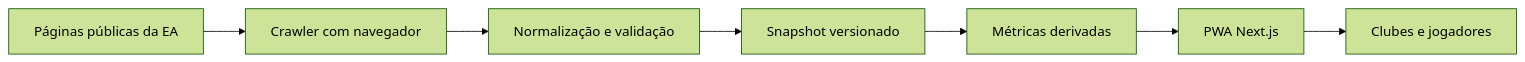
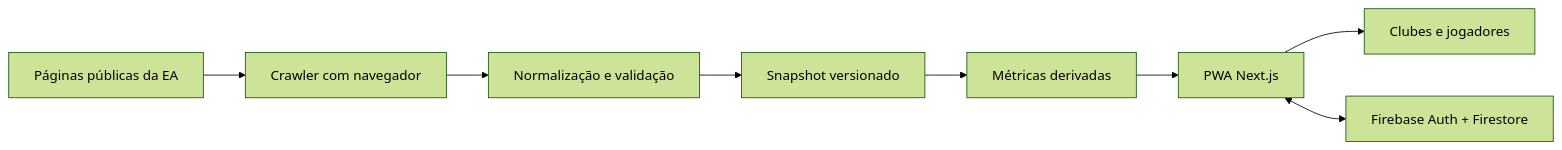
The diagram in docs/ARCHITECTURE.md (cspgabriel/pro-clubs-america), drawn with Mermaid (forest theme) before and after one commit. The commit also changed other lines of this file and 21 other files, not shown here.

````diff
--- a/docs/ARCHITECTURE.md
+++ b/docs/ARCHITECTURE.md
@@ -5,9 +5,10 @@
 ```mermaid
 flowchart LR
     EA["Páginas públicas da EA"] --> C["Crawler com navegador"]
     C --> N["Normalização e validação"]
     N --> S["Snapshot versionado"]
     S --> M["Métricas derivadas"]
     M --> P["PWA Next.js"]
     P --> U["Clubes e jogadores"]
+    P <--> F["Firebase Auth + Firestore"]
 ```
````
